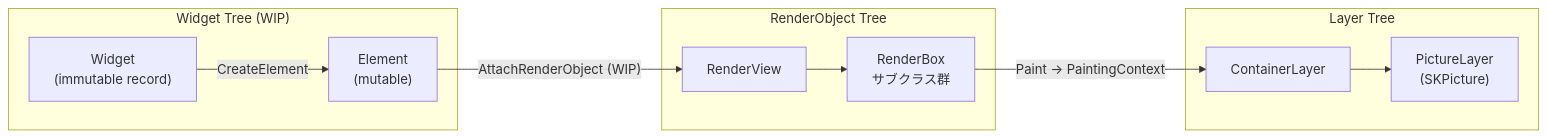
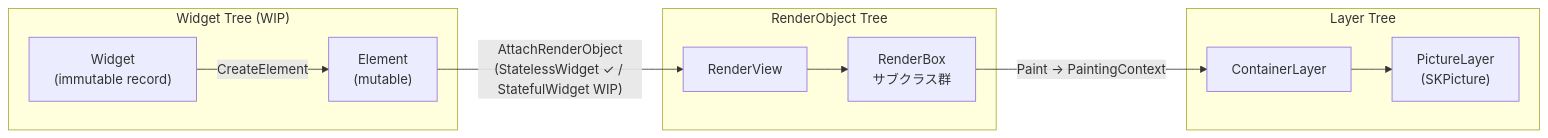
One commit to sumx21t-3310/FloatSoda changed the second of 3 diagrams in docs/Architecture.md. Above: the diagram before and after it, drawn with Mermaid. The commit also changed other lines of this file and 5 other files, not shown here.

````diff
--- a/docs/Architecture.md
+++ b/docs/Architecture.md
@@ -33,23 +33,23 @@
 ```mermaid
 graph LR
     subgraph "Widget Tree (WIP)"
         W["Widget\n(immutable record)"]
         E["Element\n(mutable)"]
         W -->|CreateElement| E
     end
 
     subgraph "RenderObject Tree"
         RV["RenderView"]
         RB["RenderBox\nサブクラス群"]
         RV --> RB
     end
 
     subgraph "Layer Tree"
         CL["ContainerLayer"]
         PL["PictureLayer\n(SKPicture)"]
         CL --> PL
     end
 
-    E -->|"AttachRenderObject (WIP)"| RV
+    E -->|"AttachRenderObject\n(StatelessWidget ✓ / StatefulWidget WIP)"| RV
     RB -->|"Paint → PaintingContext"| CL
 ```
````
